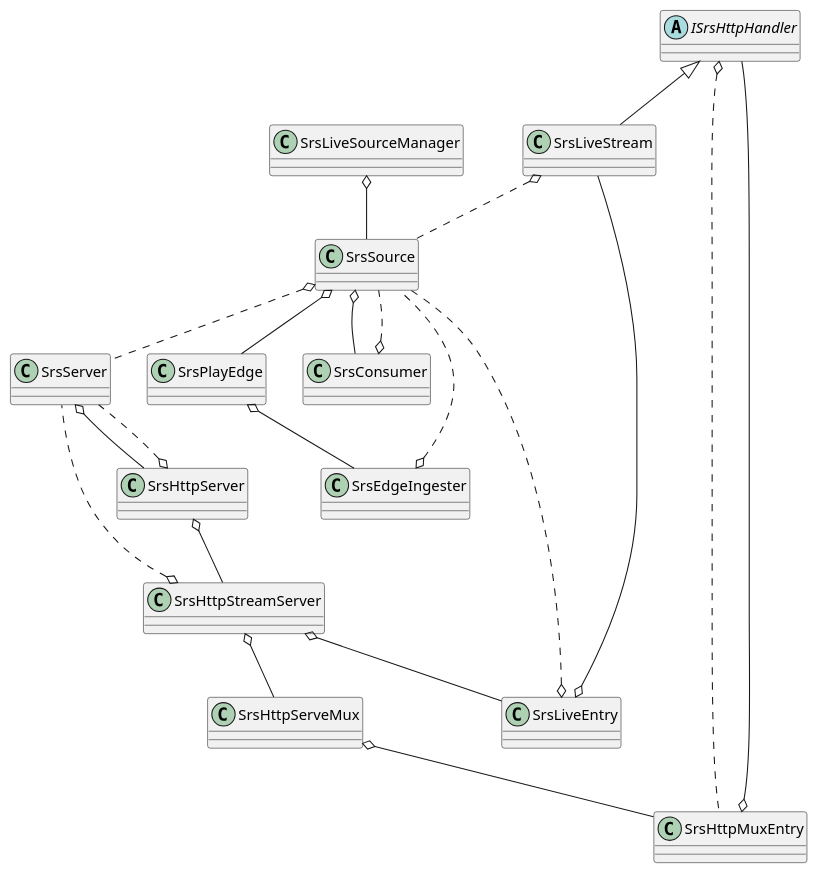
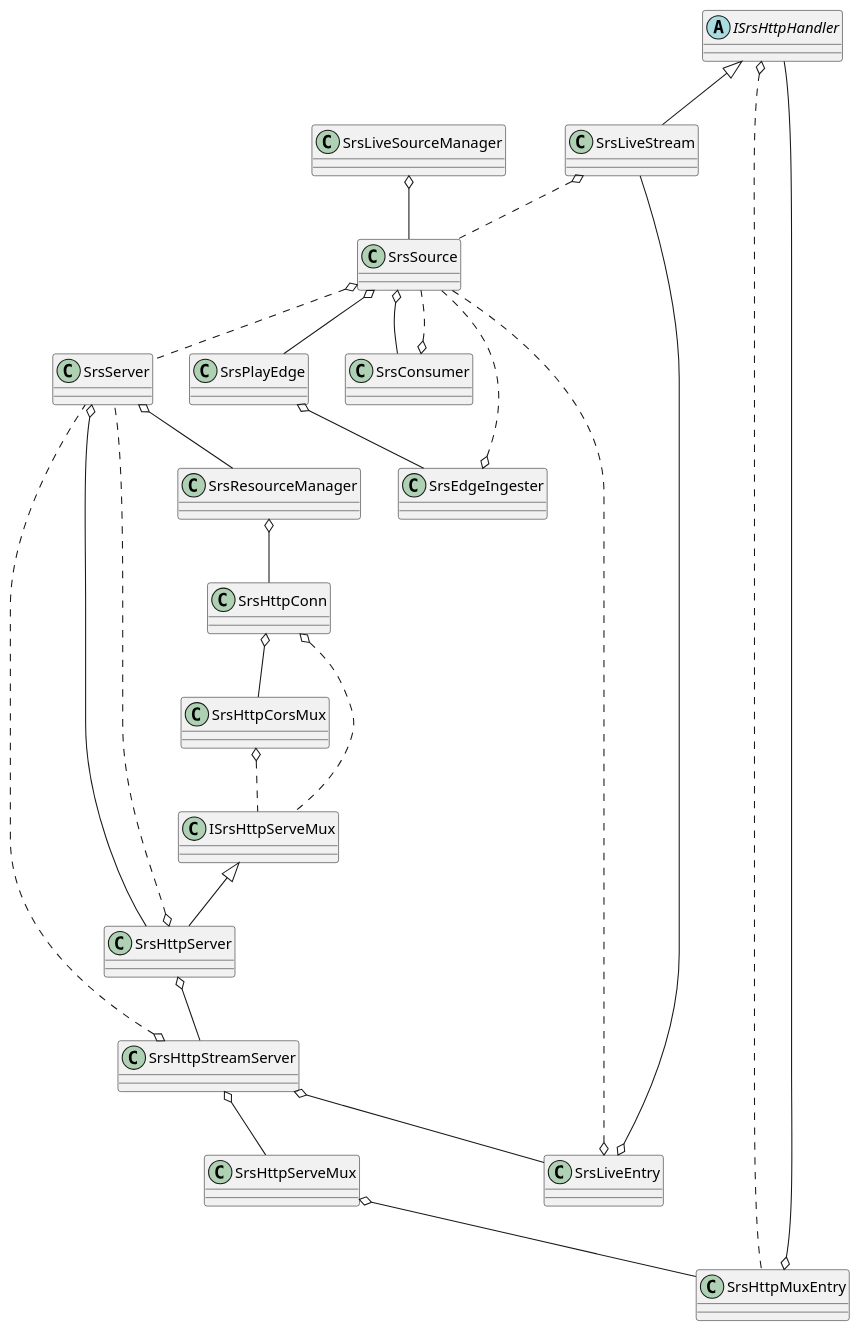
The diagram in puml/srs-http.puml (immortanjoe/immortanjoe.github.io), drawn with PlantUML before and after one commit. The commit also changed 48 other files, not shown here.

```diff
--- a/puml/srs-http.puml
+++ b/puml/srs-http.puml
@@ -1,38 +1,48 @@
 @startuml
 
 abstract class ISrsHttpHandler
 
 ISrsHttpHandler <|-- SrsLiveStream
 ISrsHttpHandler o.. SrsHttpMuxEntry
 
 SrsLiveStream o.. SrsSource
 
 SrsHttpMuxEntry o-- ISrsHttpHandler
 
 SrsHttpServeMux o-- SrsHttpMuxEntry
 
 SrsLiveEntry o-- SrsLiveStream
 SrsLiveEntry o.. SrsSource
 
 SrsHttpStreamServer o-- SrsHttpServeMux
 SrsHttpStreamServer o-- SrsLiveEntry
 SrsHttpStreamServer o.. SrsServer
 
 SrsHttpServer o-- SrsHttpStreamServer
 SrsHttpServer o.. SrsServer
 
+SrsResourceManager o-- SrsHttpConn
+
+SrsHttpConn o-- SrsHttpCorsMux
+SrsHttpConn o.. ISrsHttpServeMux
+
+SrsHttpCorsMux o.. ISrsHttpServeMux
+
+ISrsHttpServeMux <|-- SrsHttpServer
+
 SrsServer o-- SrsHttpServer
+SrsServer o-- SrsResourceManager
 
 SrsSource o.. SrsServer
 SrsSource o-- SrsPlayEdge
 SrsSource o-- SrsConsumer
 
 SrsLiveSourceManager o-- SrsSource
 
 SrsConsumer o.. SrsSource
 
 SrsEdgeIngester o.. SrsSource
 
 SrsPlayEdge o-- SrsEdgeIngester
 
 @enduml
```
